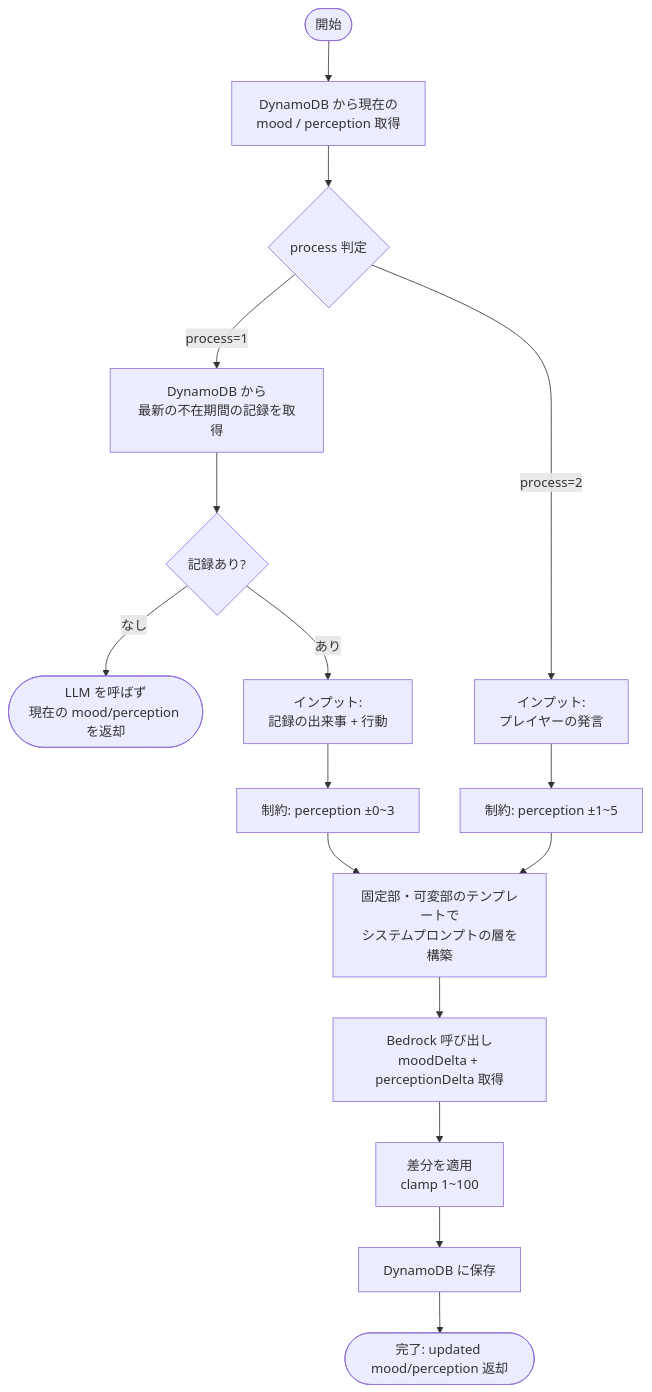
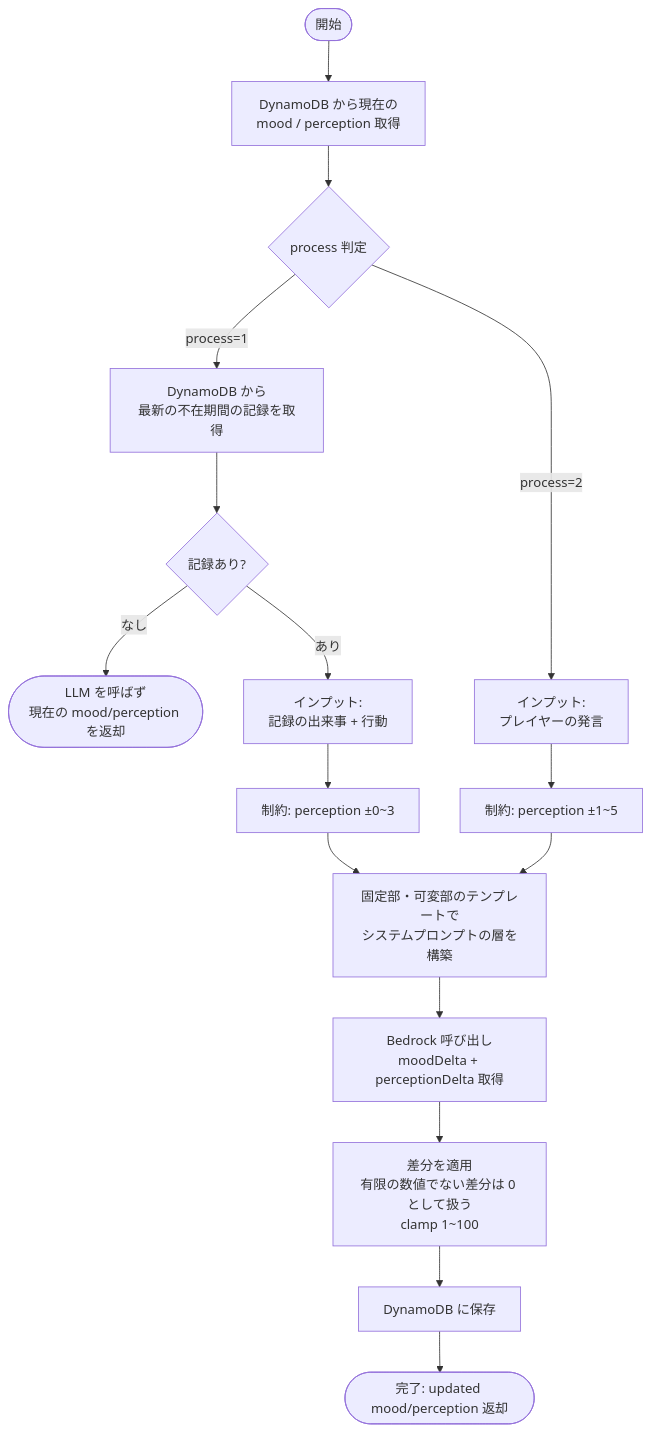
Before and after one commit to yatohana1231-ux/vtuber-simulator-api: the eighth of 10 diagrams in README.md, drawn with Mermaid. The commit also changed 4 other files, not shown here.

````diff
--- a/README.md
+++ b/README.md
@@ -386,18 +386,18 @@
 ```mermaid
 flowchart TD
     START([開始]) --> GET_STATE[DynamoDB から現在の<br/>mood / perception 取得]
     GET_STATE --> BUILD_INPUT{process 判定}
     BUILD_INPUT -->|process=1| GET_REC[DynamoDB から<br/>最新の不在期間の記録を取得]
     GET_REC --> HAS_REC{記録あり?}
     HAS_REC -->|なし| SKIP([LLM を呼ばず<br/>現在の mood/perception を返却])
     HAS_REC -->|あり| INPUT1[インプット:<br/>記録の出来事 + 行動]
     BUILD_INPUT -->|process=2| INPUT2[インプット:<br/>プレイヤーの発言]
     INPUT1 --> RULE1[制約: perception ±0~3]
     INPUT2 --> RULE2[制約: perception ±1~5]
     RULE1 --> PROMPT[固定部・可変部のテンプレートで<br/>システムプロンプトの層を構築]
     RULE2 --> PROMPT
     PROMPT --> BEDROCK[Bedrock 呼び出し<br/>moodDelta + perceptionDelta 取得]
-    BEDROCK --> APPLY[差分を適用<br/>clamp 1~100]
+    BEDROCK --> APPLY[差分を適用<br/>有限の数値でない差分は 0 として扱う<br/>clamp 1~100]
     APPLY --> SAVE[DynamoDB に保存]
     SAVE --> END_([完了: updated mood/perception 返却])
 ```
````
